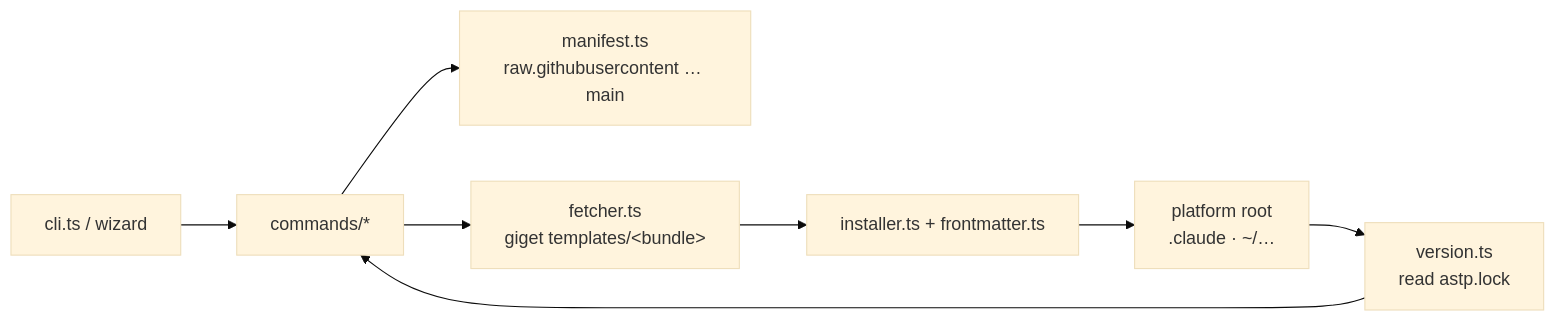
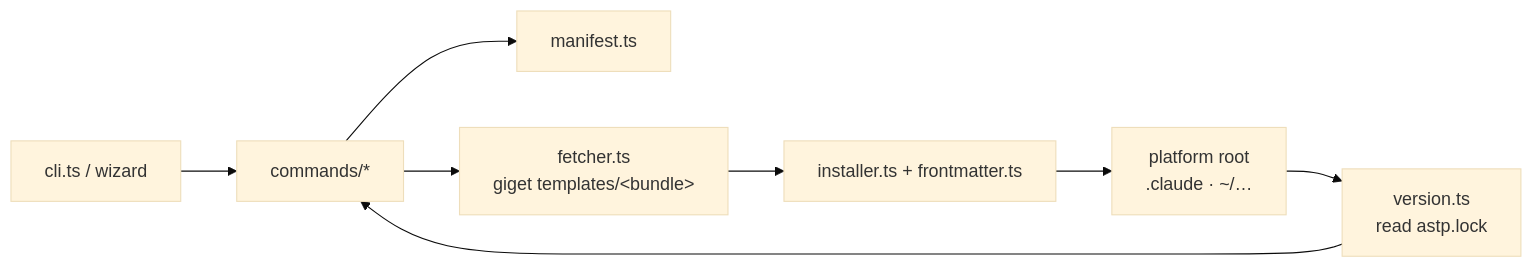
Before and after one commit to fozy-labs/astp: the diagram in CLAUDE.md, drawn with Mermaid (base theme). The commit also changed other lines of this file and 25 other files, not shown here.

````diff
--- a/CLAUDE.md
+++ b/CLAUDE.md
@@ -49,10 +49,10 @@
 ```mermaid
 flowchart LR
     cli[cli.ts / wizard] --> cmd[commands/*]
-    cmd --> mf["manifest.ts<br/>raw.githubusercontent … main"]
+    cmd --> mf["manifest.ts"]
     cmd --> dl["fetcher.ts<br/>giget templates/&lt;bundle&gt;"]
     dl --> inst["installer.ts + frontmatter.ts"]
     inst --> root["platform root<br/>.claude · ~/…"]
     root --> ver["version.ts<br/>read astp.lock"]
     ver --> cmd
 ```
````
